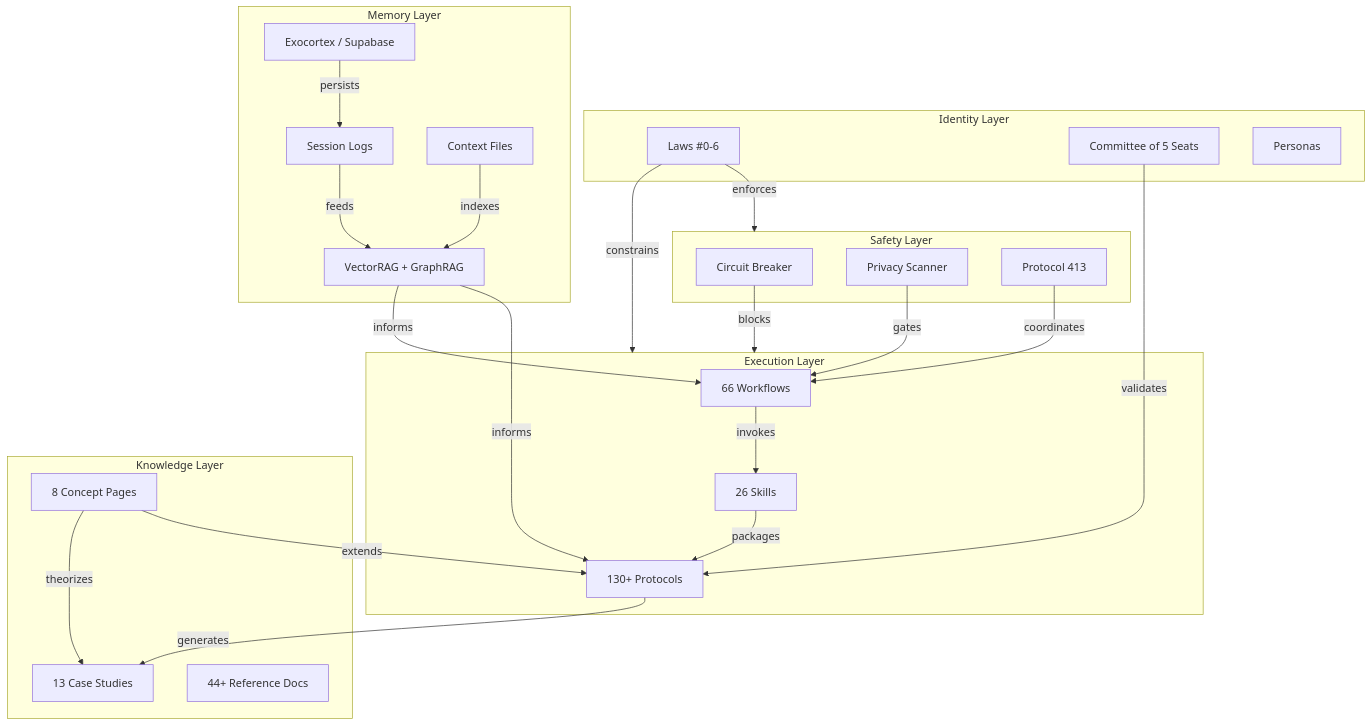
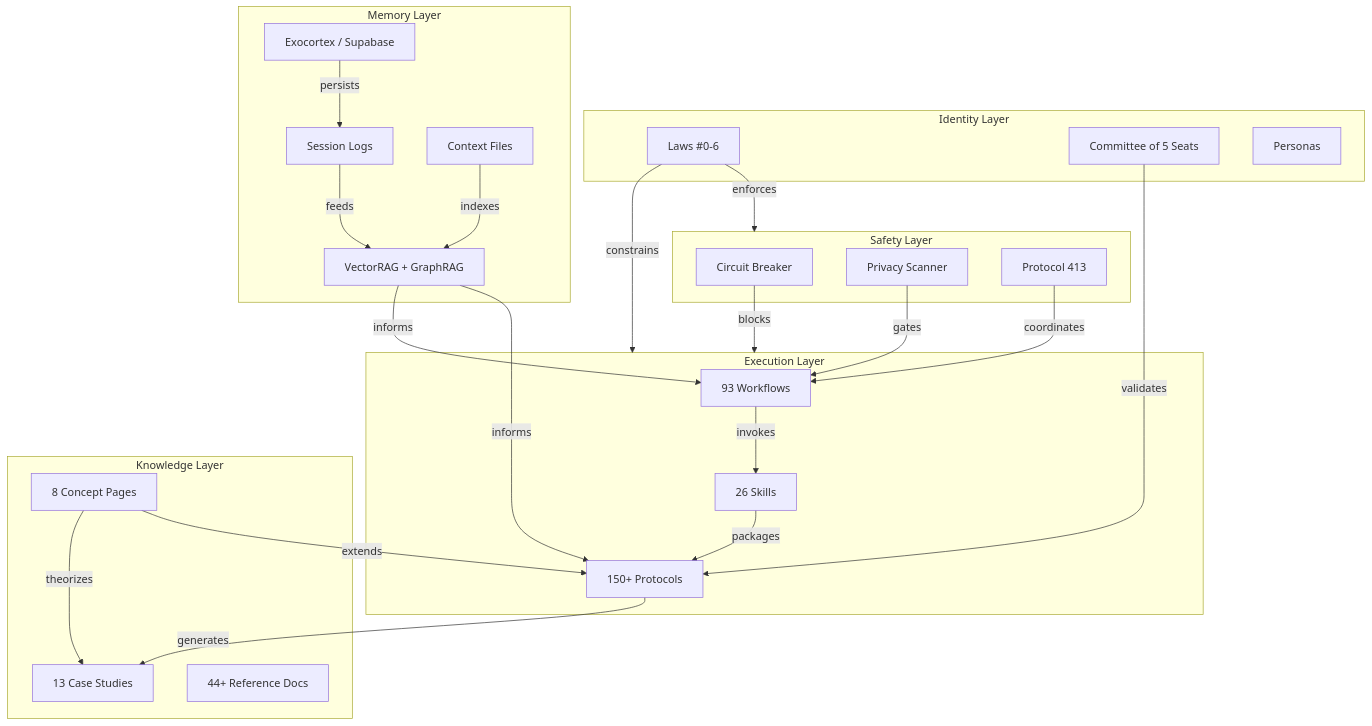
One commit to agent-memory-atlas-archive/winstonkoh87--Athena-Public changed the diagram in docs/KNOWLEDGE_GRAPH.md. Above: the diagram before and after it, drawn with Mermaid. The commit also changed other lines of this file and 15 other files, not shown here.

````diff
--- a/docs/KNOWLEDGE_GRAPH.md
+++ b/docs/KNOWLEDGE_GRAPH.md
@@ -149,50 +149,50 @@
 ```mermaid
 graph TB
     subgraph Identity["Identity Layer"]
         Laws["Laws #0-6"]
         Committee["Committee of 5 Seats"]
         Personas["Personas"]
     end
 
     subgraph Memory["Memory Layer"]
         Sessions["Session Logs"]
         Context["Context Files"]
         Exocortex["Exocortex / Supabase"]
         Retrieval["VectorRAG + GraphRAG"]
     end
 
     subgraph Execution["Execution Layer"]
-        Workflows["66 Workflows"]
+        Workflows["93 Workflows"]
         Skills["26 Skills"]
-        Protocols["130+ Protocols"]
+        Protocols["150+ Protocols"]
     end
 
     subgraph Knowledge["Knowledge Layer"]
         Concepts["8 Concept Pages"]
         CaseStudies["13 Case Studies"]
         Docs["44+ Reference Docs"]
     end
 
     subgraph Safety["Safety Layer"]
         Circuit["Circuit Breaker"]
         Privacy["Privacy Scanner"]
         MultiAgent["Protocol 413"]
     end
 
     Laws --> |constrains| Execution
     Laws --> |enforces| Safety
     Committee --> |validates| Protocols
     Sessions --> |feeds| Retrieval
     Context --> |indexes| Retrieval
     Retrieval --> |informs| Workflows
     Retrieval --> |informs| Protocols
     Protocols --> |generates| CaseStudies
     Concepts --> |theorizes| CaseStudies
     Concepts --> |extends| Protocols
     Skills --> |packages| Protocols
     Workflows --> |invokes| Skills
     Privacy --> |gates| Workflows
     Circuit --> |blocks| Execution
     MultiAgent --> |coordinates| Workflows
     Exocortex --> |persists| Sessions
 ```
````
